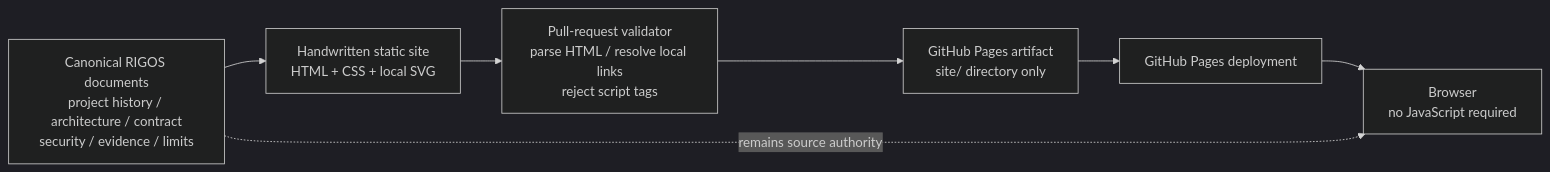
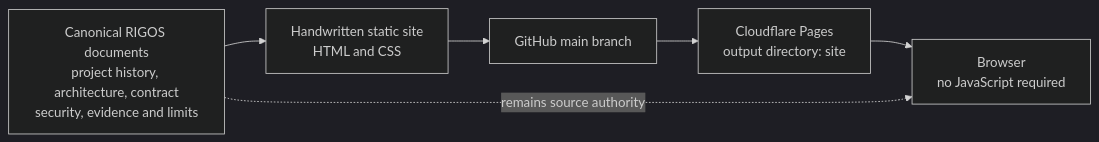
One commit to Deadbytes101/RIGOS changed the diagram in site/ARCHITECTURE.md. Above: the diagram before and after it, drawn with Mermaid (dark theme). The commit also changed other lines of this file, not shown here.

Commit message:
site: update publishing architecture

````diff
--- a/site/ARCHITECTURE.md
+++ b/site/ARCHITECTURE.md
@@ -11,16 +11,14 @@
 ```mermaid
 flowchart LR
-    DOCS["Canonical RIGOS documents\nproject history / architecture / contract\nsecurity / evidence / limits"]
-    HTML["Handwritten static site\nHTML + CSS + local SVG"]
-    CHECK["Pull-request validator\nparse HTML / resolve local links\nreject script tags"]
-    ARTIFACT["GitHub Pages artifact\nsite/ directory only"]
-    DEPLOY["GitHub Pages deployment"]
+    DOCS["Canonical RIGOS documents\nproject history, architecture, contract\nsecurity, evidence and limits"]
+    SITE["Handwritten static site\nHTML and CSS"]
+    GIT["GitHub main branch"]
+    PAGES["Cloudflare Pages\noutput directory: site"]
     READER["Browser\nno JavaScript required"]
 
-    DOCS --> HTML
-    HTML --> CHECK
-    CHECK --> ARTIFACT
-    ARTIFACT --> DEPLOY
-    DEPLOY --> READER
+    DOCS --> SITE
+    SITE --> GIT
+    GIT --> PAGES
+    PAGES --> READER
     DOCS -. "remains source authority" .-> READER
 ```
````
